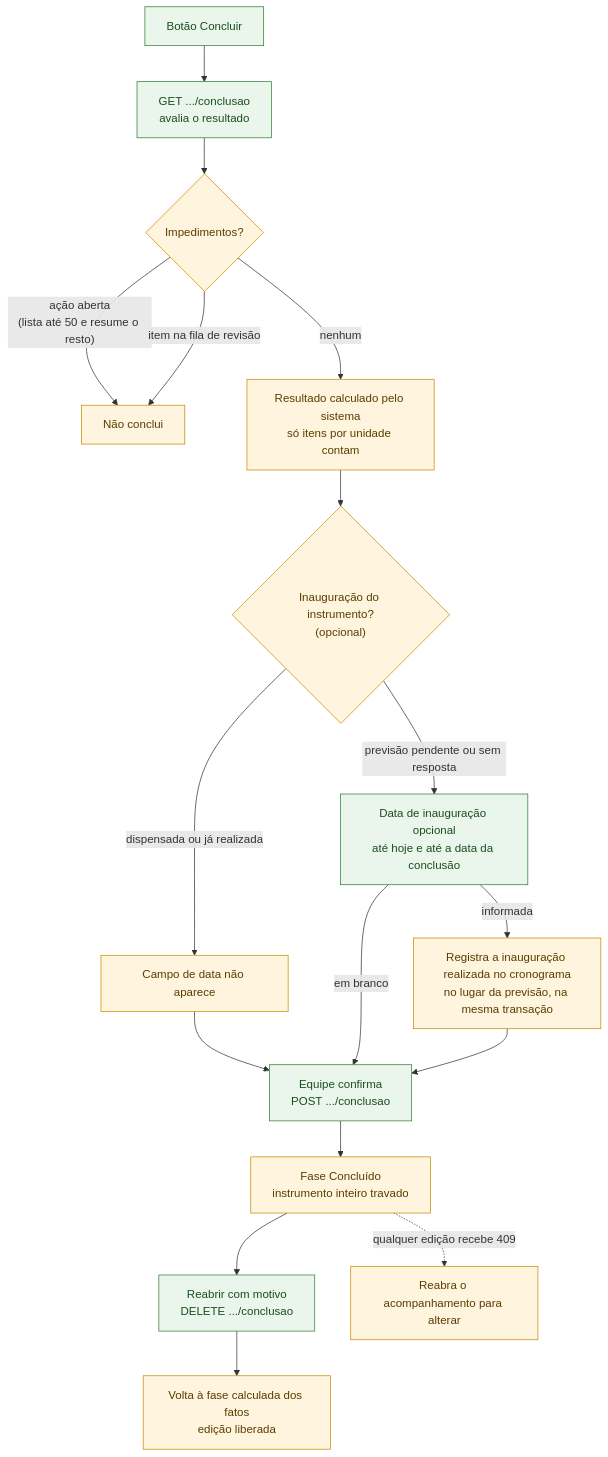
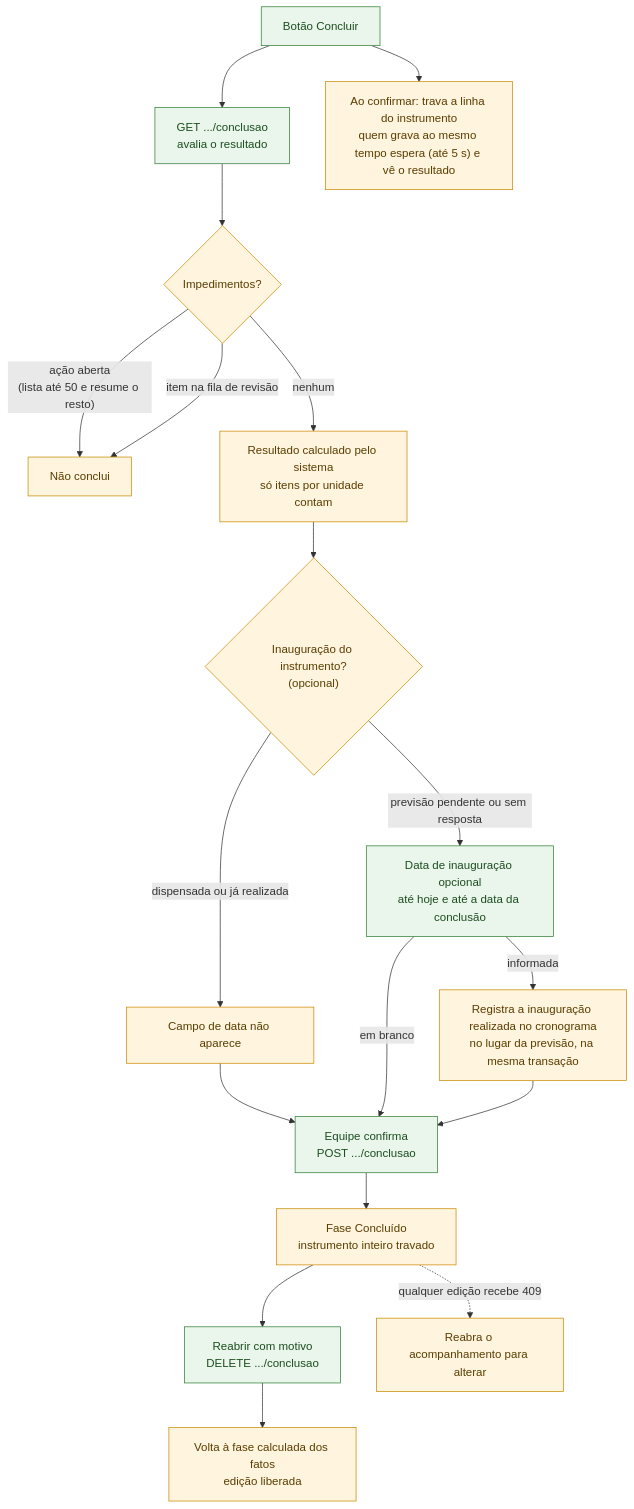
Before and after one commit to devs-ministerio/par_equipamentos: the sixth of 11 diagrams in docs/arquitetura/mapa-monitoramento-interno-2026-11-19.md, drawn with Mermaid. The commit also changed 5 other files, not shown here.

First line of the commit message:
fix(conclusao): trava o instrumento para fechar a corrida concluir x gravar

````diff
--- a/docs/arquitetura/mapa-monitoramento-interno-2026-11-19.md
+++ b/docs/arquitetura/mapa-monitoramento-interno-2026-11-19.md
@@ -221,22 +221,23 @@
 ```mermaid
 flowchart TB
     classDef regra fill:#FFF4DD,stroke:#C98A00,color:#5a3d00
     classDef acao fill:#EAF6EC,stroke:#2E7D32,color:#1b4d1e
     A["Botão Concluir"]:::acao --> AV["GET .../conclusao<br/>avalia o resultado"]:::acao
+    A --> TRAVA["Ao confirmar: trava a linha do instrumento<br/>quem grava ao mesmo tempo espera (até 5 s) e vê o resultado"]:::regra
     AV --> IMP{"Impedimentos?"}:::regra
     IMP -->|"ação aberta<br/>(lista até 50 e resume o resto)"| X["Não conclui"]:::regra
     IMP -->|"item na fila de revisão"| X
     IMP -->|"nenhum"| RES["Resultado calculado pelo sistema<br/>só itens por unidade contam"]:::regra
     RES --> INA{"Inauguração do instrumento?<br/>(opcional)"}:::regra
     INA -->|"dispensada ou já realizada"| SEMCAMPO["Campo de data não aparece"]:::regra
     INA -->|"previsão pendente ou sem resposta"| CAMPO["Data de inauguração opcional<br/>até hoje e até a data da conclusão"]:::acao
     CAMPO -->|"em branco"| CONF
     CAMPO -->|"informada"| REAL["Registra a inauguração realizada no cronograma<br/>no lugar da previsão, na mesma transação"]:::regra
     SEMCAMPO --> CONF
     REAL --> CONF
     CONF["Equipe confirma<br/>POST .../conclusao"]:::acao
     CONF --> FIM["Fase Concluído<br/>instrumento inteiro travado"]:::regra
     FIM --> REAB["Reabrir com motivo<br/>DELETE .../conclusao"]:::acao
     REAB --> VOLTA["Volta à fase calculada dos fatos<br/>edição liberada"]:::regra
     FIM -. "qualquer edição recebe 409" .-> BLOQ["Reabra o acompanhamento para alterar"]:::regra
 ```
````
